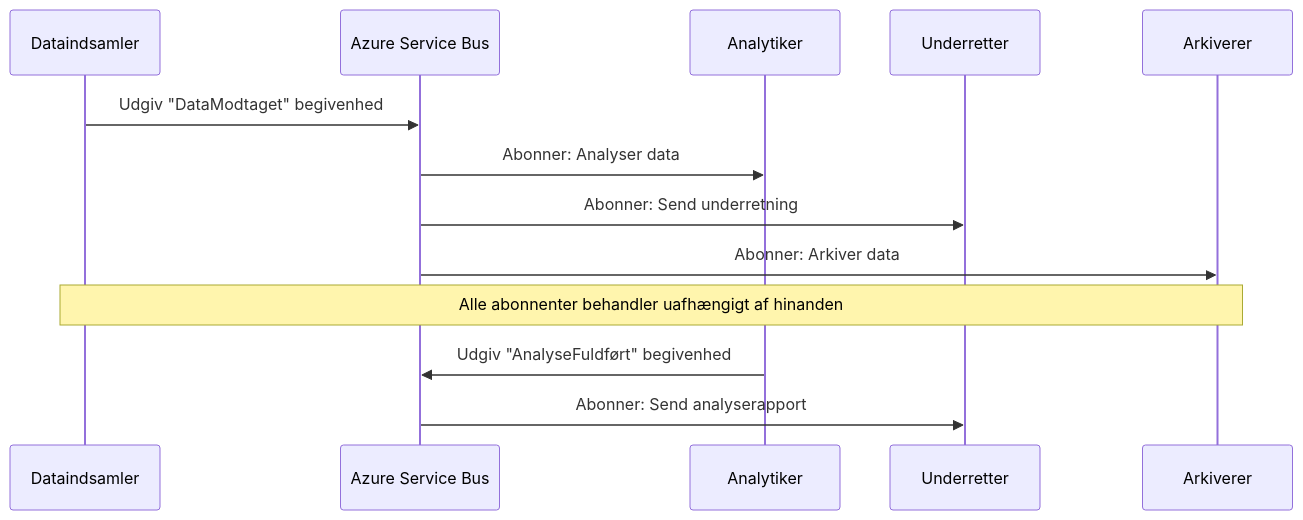
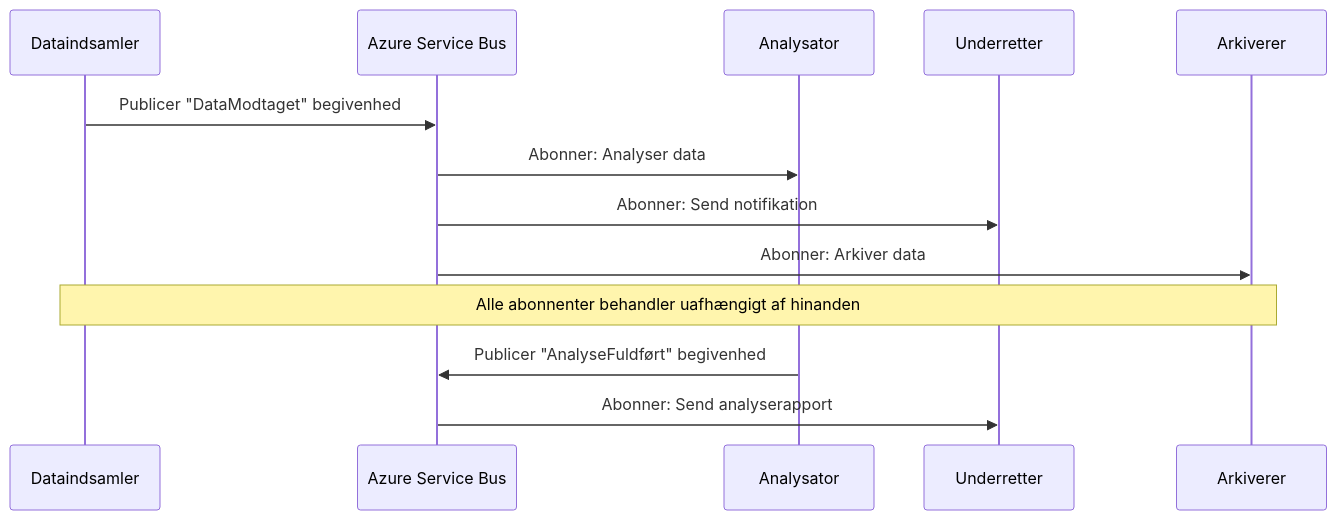
One commit to microsoft/AZD-for-beginners changed the third of 5 diagrams in translations/da/docs/chapter-06-pre-deployment/coordination-patterns.md. Above: the diagram before and after it, drawn with Mermaid. The commit also changed other lines of this file and 101 other files, not shown here.

````diff
--- a/translations/da/docs/chapter-06-pre-deployment/coordination-patterns.md
+++ b/translations/da/docs/chapter-06-pre-deployment/coordination-patterns.md
@@ -191,18 +185,18 @@
 ```mermaid
 sequenceDiagram
     participant Agent1 as Dataindsamler
     participant EventBus as Azure Service Bus
-    participant Agent2 as Analytiker
+    participant Agent2 as Analysator
     participant Agent3 as Underretter
     participant Agent4 as Arkiverer
     
-    Agent1->>EventBus: Udgiv "DataModtaget" begivenhed
+    Agent1->>EventBus: Publicer "DataModtaget" begivenhed
     EventBus->>Agent2: Abonner: Analyser data
-    EventBus->>Agent3: Abonner: Send underretning
+    EventBus->>Agent3: Abonner: Send notifikation
     EventBus->>Agent4: Abonner: Arkiver data
     
     Note over Agent1,Agent4: Alle abonnenter behandler uafhængigt af hinanden
     
-    Agent2->>EventBus: Udgiv "AnalyseFuldført" begivenhed
+    Agent2->>EventBus: Publicer "AnalyseFuldført" begivenhed
     EventBus->>Agent3: Abonner: Send analyserapport
 ```
````
